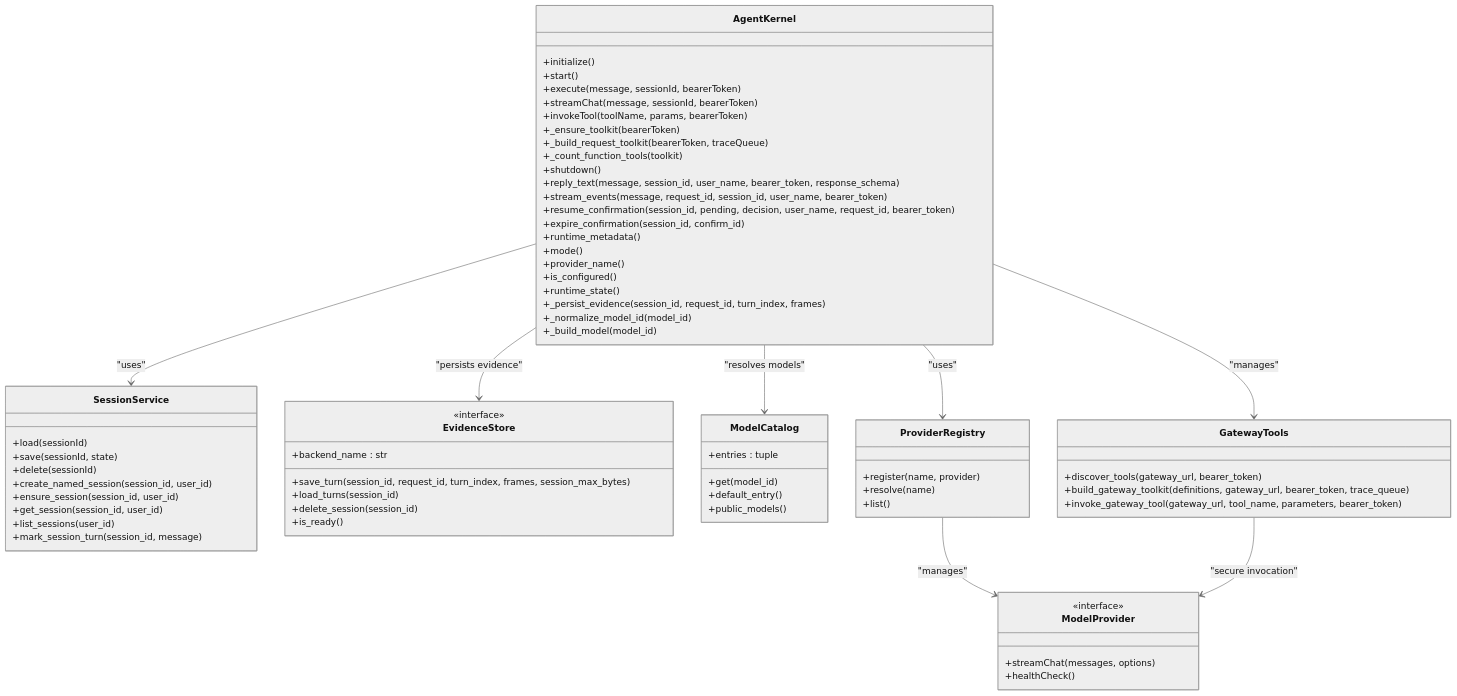
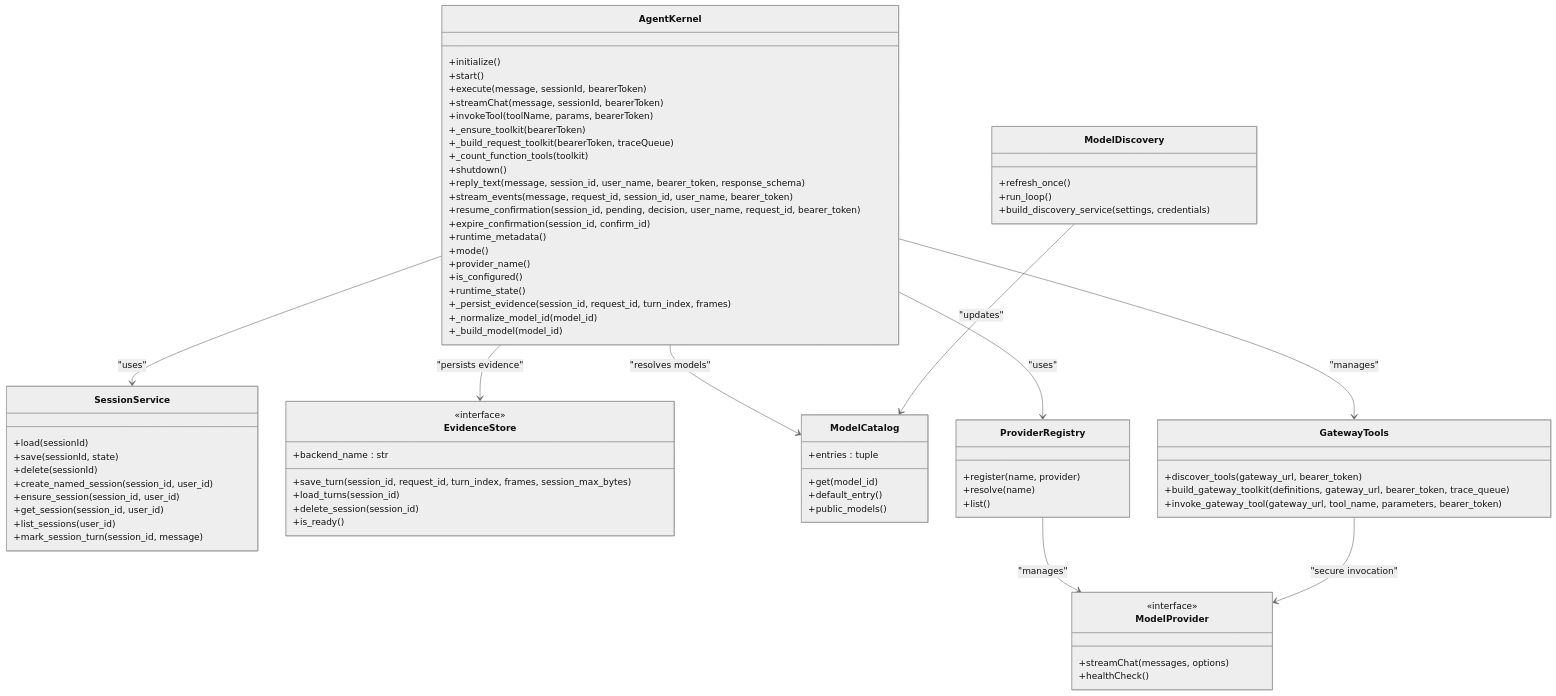
Before and after one commit to metasync/luban-aiops: the third of 25 diagrams in .qoder/repowiki/en/content/Agent Platform Service/Agent Platform Service.md, drawn with Mermaid (neutral theme). The commit also changed other lines of this file and 7 other files, not shown here.

````diff
--- a/.qoder/repowiki/en/content/Agent Platform Service/Agent Platform Service.md
+++ b/.qoder/repowiki/en/content/Agent Platform Service/Agent Platform Service.md
@@ -321,72 +353,78 @@
 ```mermaid
 classDiagram
 class AgentKernel {
 +initialize()
 +start()
 +execute(message, sessionId, bearerToken)
 +streamChat(message, sessionId, bearerToken)
 +invokeTool(toolName, params, bearerToken)
 +_ensure_toolkit(bearerToken)
 +_build_request_toolkit(bearerToken, traceQueue)
 +_count_function_tools(toolkit)
 +shutdown()
 +reply_text(message, session_id, user_name, bearer_token, response_schema)
 +stream_events(message, request_id, session_id, user_name, bearer_token)
 +resume_confirmation(session_id, pending, decision, user_name, request_id, bearer_token)
 +expire_confirmation(session_id, confirm_id)
 +runtime_metadata()
 +mode()
 +provider_name()
 +is_configured()
 +runtime_state()
 +_persist_evidence(session_id, request_id, turn_index, frames)
 +_normalize_model_id(model_id)
 +_build_model(model_id)
 }
 class SessionService {
 +load(sessionId)
 +save(sessionId, state)
 +delete(sessionId)
 +create_named_session(session_id, user_id)
 +ensure_session(session_id, user_id)
 +get_session(session_id, user_id)
 +list_sessions(user_id)
 +mark_session_turn(session_id, message)
 }
 class EvidenceStore {
 <<interface>>
 +backend_name : str
 +save_turn(session_id, request_id, turn_index, frames, session_max_bytes)
 +load_turns(session_id)
 +delete_session(session_id)
 +is_ready()
 }
 class ModelCatalog {
 +entries : tuple
 +get(model_id)
 +default_entry()
 +public_models()
 }
+class ModelDiscovery {
++refresh_once()
++run_loop()
++build_discovery_service(settings, credentials)
+}
 class ProviderRegistry {
 +register(name, provider)
 +resolve(name)
 +list()
 }
 class ModelProvider {
 <<interface>>
 +streamChat(messages, options)
 +healthCheck()
 }
 class GatewayTools {
 +discover_tools(gateway_url, bearer_token)
 +build_gateway_toolkit(definitions, gateway_url, bearer_token, trace_queue)
 +invoke_gateway_tool(gateway_url, tool_name, parameters, bearer_token)
 }
 AgentKernel --> SessionService : "uses"
 AgentKernel --> EvidenceStore : "persists evidence"
 AgentKernel --> ModelCatalog : "resolves models"
 AgentKernel --> ProviderRegistry : "uses"
 AgentKernel --> GatewayTools : "manages"
+ModelDiscovery --> ModelCatalog : "updates"
 ProviderRegistry --> ModelProvider : "manages"
 GatewayTools --> ModelProvider : "secure invocation"
 ```
````
